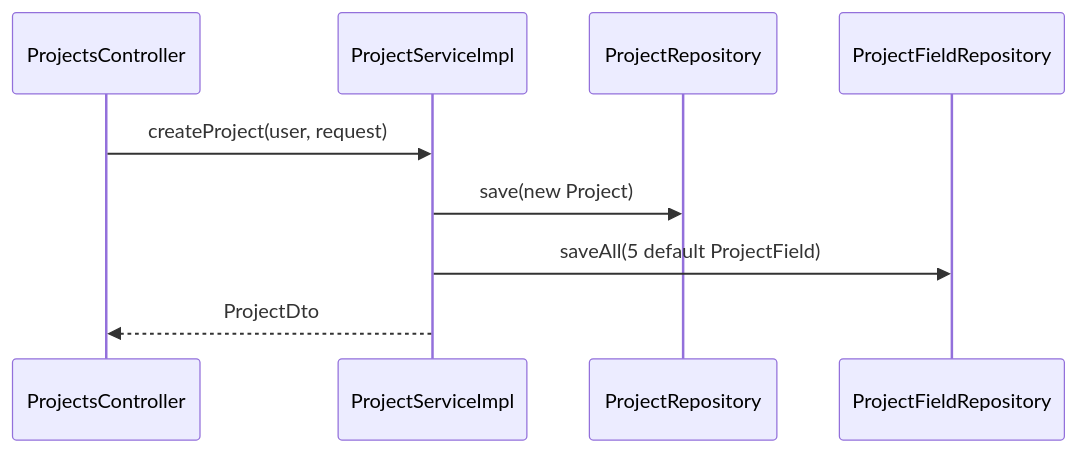
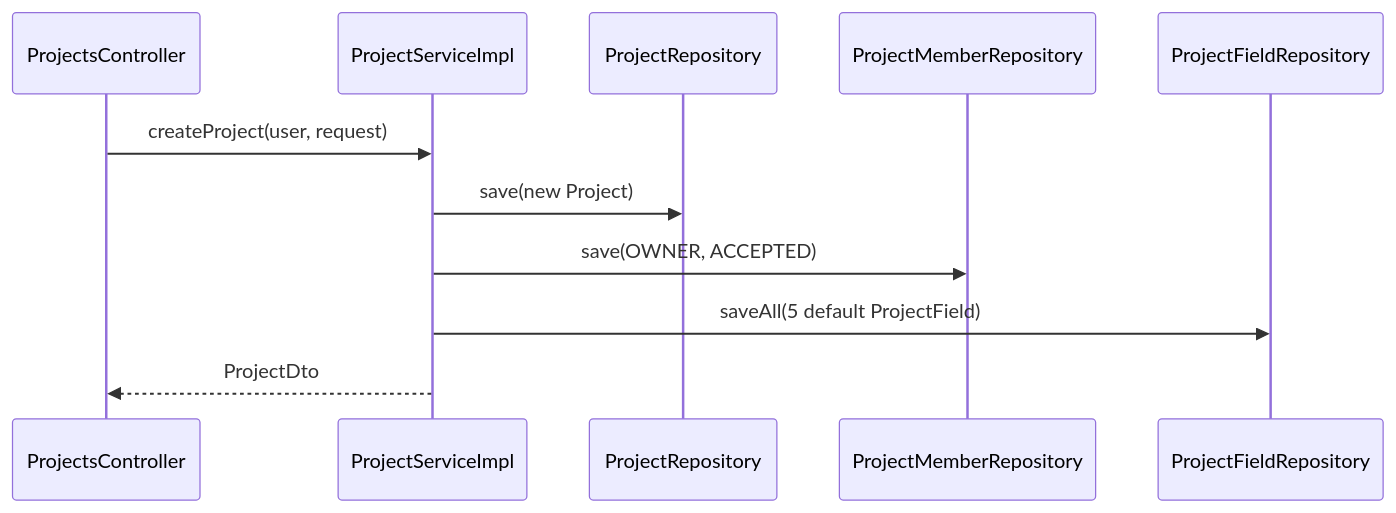
One commit to prospect-tool-relay4u-eu/prospect-tool-be changed the first of 3 diagrams in documentation/endpoints/projects.md. Above: the diagram before and after it, drawn with Mermaid. The commit also changed other lines of this file and 19 other files, not shown here.

````diff
--- a/documentation/endpoints/projects.md
+++ b/documentation/endpoints/projects.md
@@ -27,12 +44,14 @@
 ```mermaid
 sequenceDiagram
     participant C as ProjectsController
     participant S as ProjectServiceImpl
     participant PR as ProjectRepository
+    participant PMR as ProjectMemberRepository
     participant FR as ProjectFieldRepository
 
     C->>S: createProject(user, request)
     S->>PR: save(new Project)
+    S->>PMR: save(OWNER, ACCEPTED)
     S->>FR: saveAll(5 default ProjectField)
     S-->>C: ProjectDto
 ```
````
